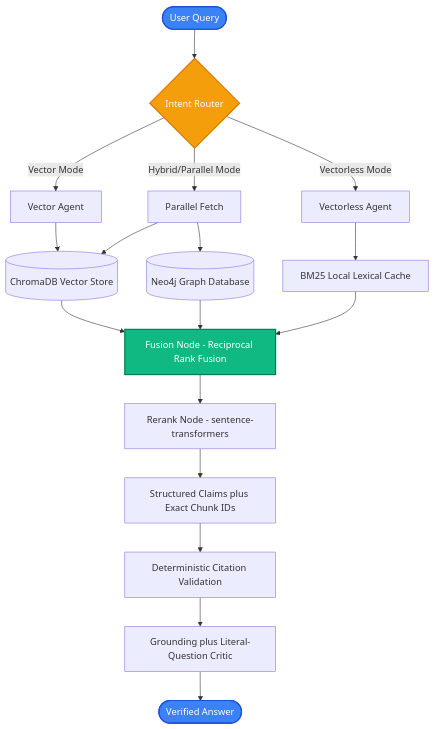
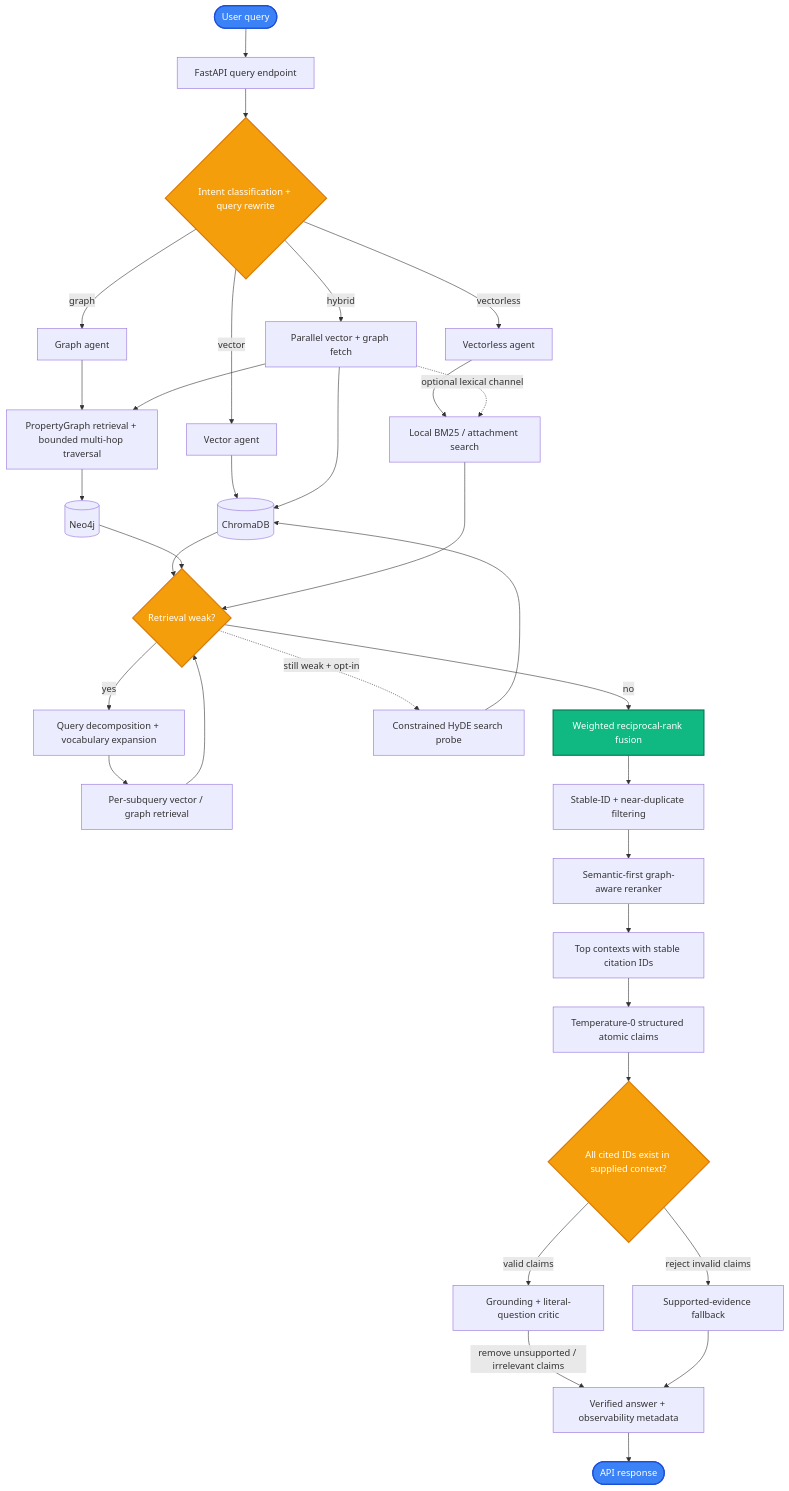
One commit to Senthilsivam41/kinegraph-v changed the second of 3 diagrams in README.md. Above: the diagram before and after it, drawn with Mermaid. The commit also changed other lines of this file, not shown here.

Commit message:
docs: refresh README architecture diagrams

````diff
--- a/README.md
+++ b/README.md
@@ -190,30 +198,46 @@
 ```mermaid
-graph TD
-    User([User Query]) --> Router{Intent Router}
-    
-    Router -->|Vector Mode| VA[Vector Agent]
-    Router -->|Hybrid/Parallel Mode| PF[Parallel Fetch]
-    Router -->|Vectorless Mode| VLA[Vectorless Agent]
-    
-    VA --> Chroma[(ChromaDB Vector Store)]
-    
+flowchart TD
+    User(["User query"]) --> API["FastAPI query endpoint"]
+    API --> Router{"Intent classification + query rewrite"}
+
+    Router -->|"vector"| VA["Vector agent"]
+    Router -->|"graph"| GA["Graph agent"]
+    Router -->|"hybrid"| PF["Parallel vector + graph fetch"]
+    Router -->|"vectorless"| VLA["Vectorless agent"]
+
+    VA --> Chroma[("ChromaDB")]
+    GA --> GraphRetriever["PropertyGraph retrieval + bounded multi-hop traversal"]
+    GraphRetriever --> Neo4j[("Neo4j")]
     PF --> Chroma
-    PF --> Neo4j[(Neo4j Graph Database)]
-    
-    VLA --> Lexical[BM25 Local Lexical Cache]
-    
-    Chroma --> Fusion[Fusion Node - Reciprocal Rank Fusion]
-    Neo4j --> Fusion
-    Lexical --> Fusion
-    
-    Fusion --> Rerank[Rerank Node - sentence-transformers]
-    Rerank --> Generate[Structured Claims plus Exact Chunk IDs]
-    Generate --> Validate[Deterministic Citation Validation]
-    Validate --> Critic[Grounding plus Literal-Question Critic]
-    Critic --> Output([Verified Answer])
-    
+    PF --> GraphRetriever
+    VLA --> BM25["Local BM25 / attachment search"]
+    PF -.->|"optional lexical channel"| BM25
+
+    Chroma --> Recovery{"Retrieval weak?"}
+    Neo4j --> Recovery
+    BM25 --> Recovery
+    Recovery -->|"no"| RRF["Weighted reciprocal-rank fusion"]
+    Recovery -->|"yes"| Structured["Query decomposition + vocabulary expansion"]
+    Structured --> Subqueries["Per-subquery vector / graph retrieval"]
+    Subqueries --> Recovery
+    Recovery -.->|"still weak + opt-in"| HyDE["Constrained HyDE search probe"]
+    HyDE --> Chroma
+
+    RRF --> Dedup["Stable-ID + near-duplicate filtering"]
+    Dedup --> Rerank["Semantic-first graph-aware reranker"]
+    Rerank --> Context["Top contexts with stable citation IDs"]
+    Context --> Generate["Temperature-0 structured atomic claims"]
+    Generate --> Validate{"All cited IDs exist in supplied context?"}
+    Validate -->|"reject invalid claims"| NoEvidence["Supported-evidence fallback"]
+    Validate -->|"valid claims"| Critic["Grounding + literal-question critic"]
+    Critic -->|"remove unsupported / irrelevant claims"| Format["Verified answer + observability metadata"]
+    NoEvidence --> Format
+    Format --> Output(["API response"])
+
     style User fill:#3b82f6,stroke:#1d4ed8,stroke-width:2px,color:#fff
     style Router fill:#f59e0b,stroke:#d97706,stroke-width:2px,color:#fff
-    style Fusion fill:#10b981,stroke:#047857,stroke-width:2px,color:#fff
+    style Recovery fill:#f59e0b,stroke:#d97706,stroke-width:2px,color:#fff
+    style RRF fill:#10b981,stroke:#047857,stroke-width:2px,color:#fff
+    style Validate fill:#f59e0b,stroke:#d97706,stroke-width:2px,color:#fff
     style Output fill:#3b82f6,stroke:#1d4ed8,stroke-width:2px,color:#fff
 ```
````
